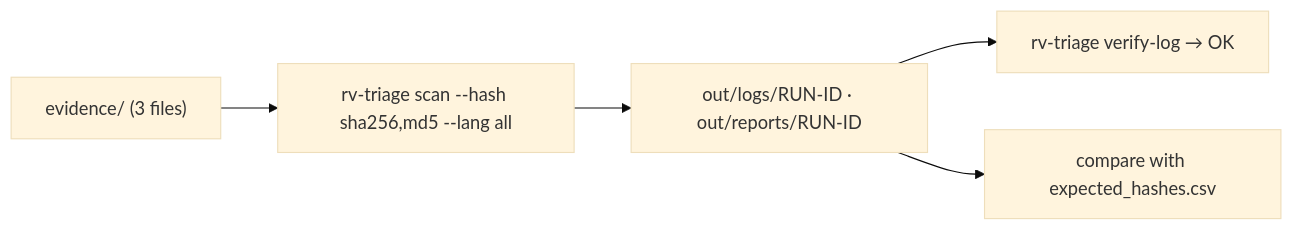
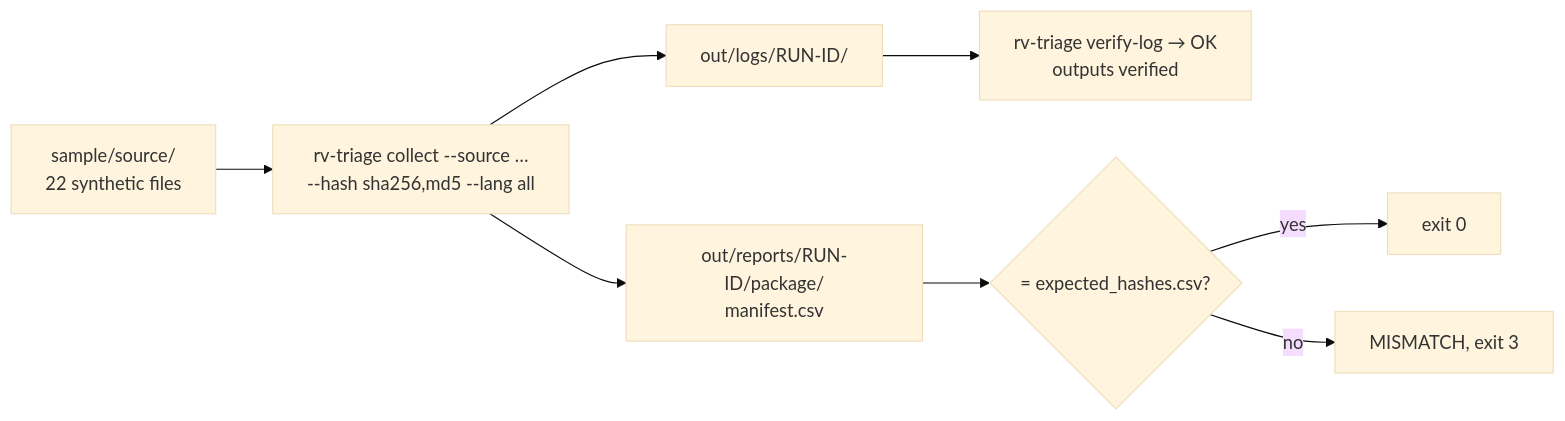
One commit to Panacota96/rv-triage changed the diagram in examples/README.md. Above: the diagram before and after it, drawn with Mermaid (base theme). The commit also changed other lines of this file and 85 other files, not shown here.

````diff
--- a/examples/README.md
+++ b/examples/README.md
@@ -14,7 +26,10 @@
 ```mermaid
 flowchart LR
-    E["evidence/ (3 files)"] --> S["rv-triage scan --hash sha256,md5 --lang all"]
-    S --> O["out/logs/RUN-ID · out/reports/RUN-ID"]
-    O --> V["rv-triage verify-log → OK"]
-    O --> C["compare with expected_hashes.csv"]
+    S["sample/source/<br/>22 synthetic files"] --> C["rv-triage collect --source …<br/>--hash sha256,md5 --lang all"]
+    C --> P["out/reports/RUN-ID/package/<br/>manifest.csv"]
+    C --> L["out/logs/RUN-ID/"]
+    L --> V["rv-triage verify-log → OK<br/>outputs verified"]
+    P --> X{"= expected_hashes.csv?"}
+    X -->|yes| OK["exit 0"]
+    X -->|no| F["MISMATCH, exit 3"]
 ```
````
